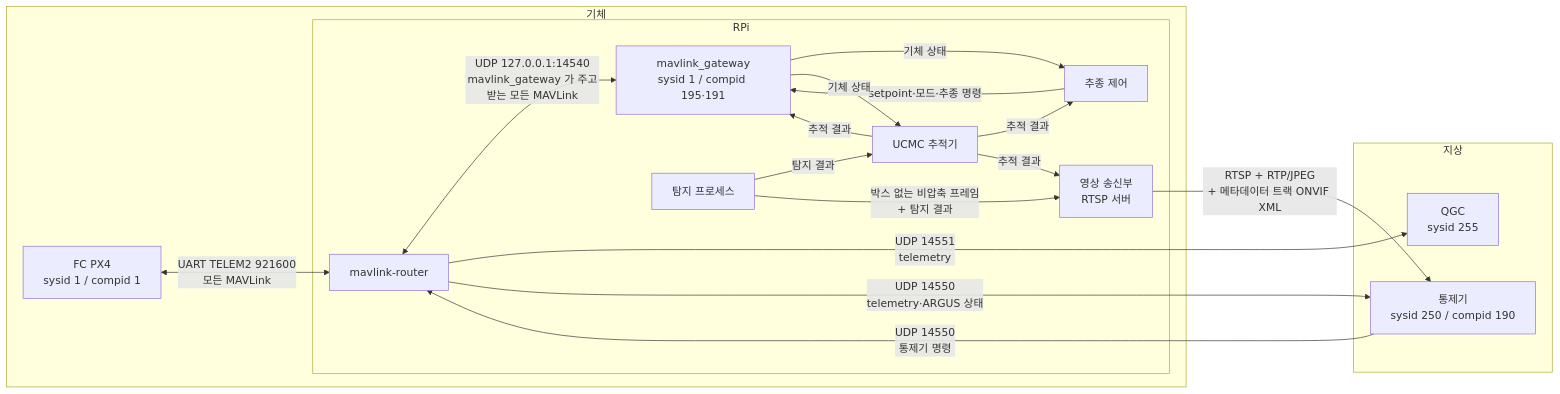
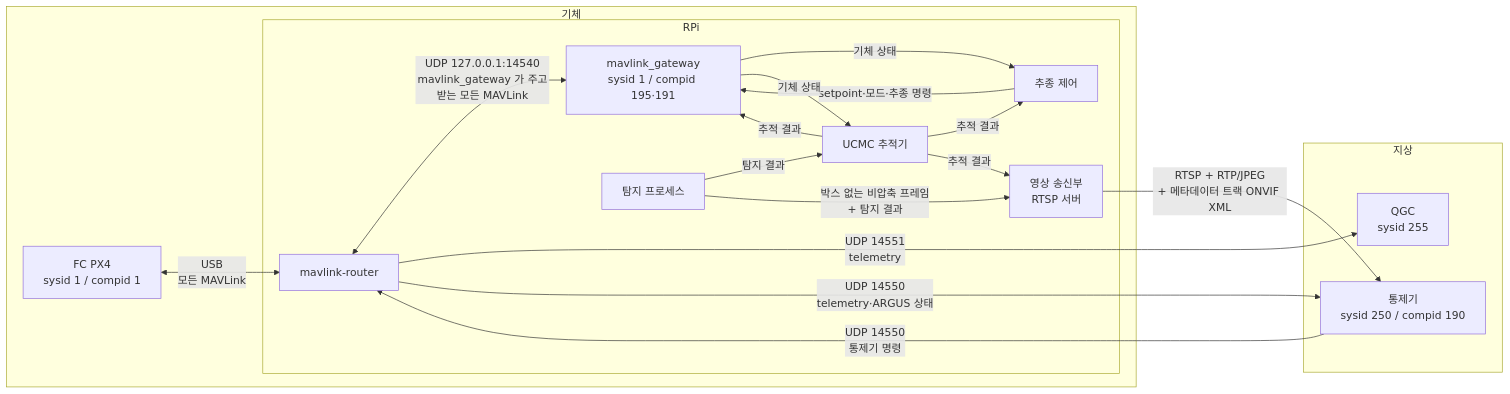
Before and after one commit to lig-argus/argus-edge-vision: the first of 2 diagrams in docs/spec/icd.md, drawn with Mermaid. The commit also changed other lines of this file and 5 other files, not shown here.

First line of the commit message:
docs: FC 와 임무 컴퓨터의 연결을 UART 에서 USB 로 변경 (#87)

````diff
--- a/docs/spec/icd.md
+++ b/docs/spec/icd.md
@@ -49,32 +49,32 @@
 ```mermaid
 flowchart LR
     subgraph vehicle [기체]
         FC[FC PX4<br/>sysid 1 / compid 1]
         subgraph rpi [RPi]
             router[mavlink-router]
             mavlink_gateway[mavlink_gateway<br/>sysid 1 / compid 195·191]
             follow[추종 제어]
             tracker[UCMC 추적기]
             vision[탐지 프로세스]
             rtsp[영상 송신부<br/>RTSP 서버]
         end
     end
     subgraph ground [지상]
         gcs[통제기<br/>sysid 250 / compid 190]
         qgc[QGC<br/>sysid 255]
     end
-    FC <-->|UART TELEM2 921600<br/>모든 MAVLink| router
+    FC <-->|USB<br/>모든 MAVLink| router
     router <-->|UDP 127.0.0.1:14540<br/>mavlink_gateway 가 주고받는 모든 MAVLink| mavlink_gateway
     router -->|UDP 14551<br/>telemetry| qgc
     router -->|UDP 14550<br/>telemetry·ARGUS 상태| gcs
     gcs -->|UDP 14550<br/>통제기 명령| router
     mavlink_gateway -->|기체 상태| follow
     follow -->|setpoint·모드·추종 명령| mavlink_gateway
     mavlink_gateway -->|기체 상태| tracker
     tracker -->|추적 결과| mavlink_gateway
     vision -->|탐지 결과| tracker
     tracker -->|추적 결과| follow
     vision -->|박스 없는 비압축 프레임<br/>+ 탐지 결과| rtsp
     tracker -->|추적 결과| rtsp
     rtsp -->|RTSP + RTP/JPEG<br/>+ 메타데이터 트랙 ONVIF XML| gcs
 ```
````
